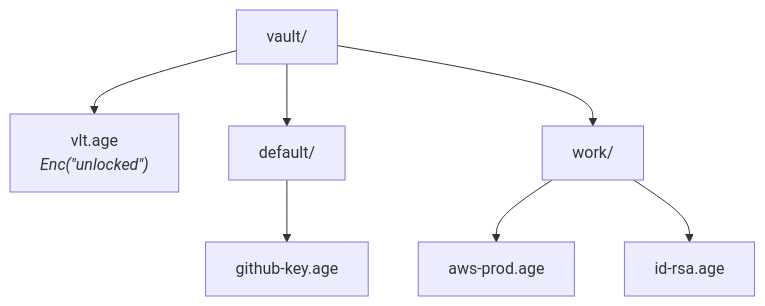
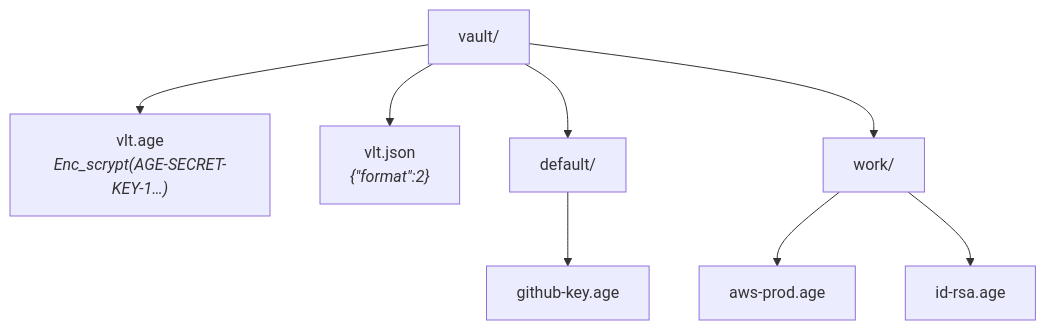
One commit to heyjdp/vlt changed the first of 2 diagrams in vault-vlt/Architecture/Storage Format.md. Above: the diagram before and after it, drawn with Mermaid. The commit also changed other lines of this file and 27 other files, not shown here.

First line of the commit message:
feat(crypto,store): wrap a random X25519 vault key with the passphrase (F01)

````diff
--- a/vault-vlt/Architecture/Storage Format.md
+++ b/vault-vlt/Architecture/Storage Format.md
@@ -13,9 +13,10 @@
 ```mermaid
 graph TD
-    root["vault/"] --> sentinel["vlt.age<br/><i>Enc(&quot;unlocked&quot;)</i>"]
+    root["vault/"] --> key["vlt.age<br/><i>Enc_scrypt(AGE-SECRET-KEY-1…)</i>"]
+    root --> fmt["vlt.json<br/><i>{&quot;format&quot;:2}</i>"]
     root --> g1["default/"]
     root --> g2["work/"]
     g1 --> f1["github-key.age"]
     g2 --> f2["aws-prod.age"]
     g2 --> f3["id-rsa.age"]
 ```
````
